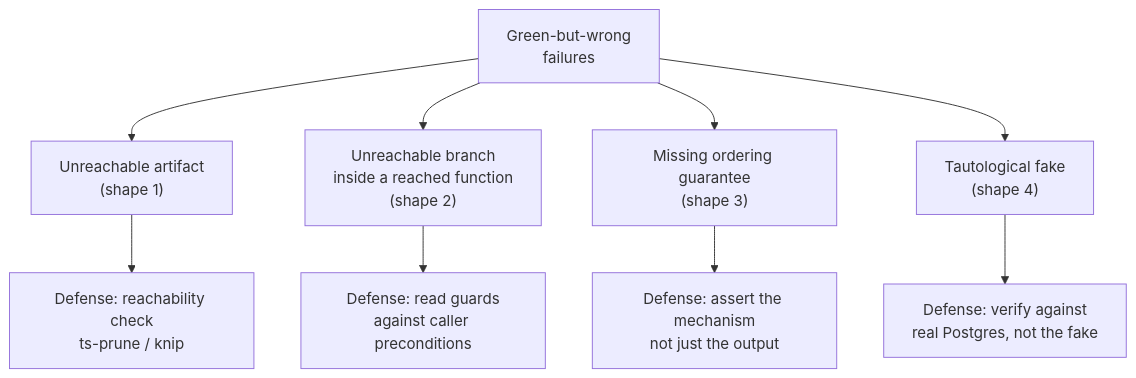
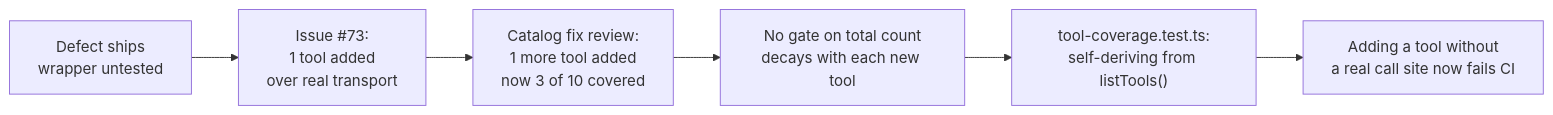
One commit to stemolly/wiki changed the second of 2 diagrams in src/content/docs/engineering/testing.md. Above: the diagram before and after it, drawn with Mermaid. The commit also changed other lines of this file and 57 other files, not shown here.

````diff
--- a/src/content/docs/engineering/testing.md
+++ b/src/content/docs/engineering/testing.md
@@ -28,11 +130,8 @@
 ```mermaid
-graph TD
-    A["Green-but-wrong<br/>failures"] --> B["Unreachable artifact<br/>(shape 1)"]
-    A --> C["Unreachable branch<br/>inside a reached function<br/>(shape 2)"]
-    A --> D["Missing ordering guarantee<br/>(shape 3)"]
-    A --> E["Tautological fake<br/>(shape 4)"]
-    B --> F["Defense: reachability check<br/>ts-prune / knip"]
-    C --> G["Defense: read guards<br/>against caller preconditions"]
-    D --> H["Defense: assert the mechanism<br/>not just the output"]
-    E --> I["Defense: verify against<br/>real Postgres, not the fake"]
+flowchart LR
+  A["Defect ships<br/>wrapper untested"] --> B["Issue #73:<br/>1 tool added<br/>over real transport"]
+  B --> C["Catalog fix review:<br/>1 more tool added<br/>now 3 of 10 covered"]
+  C --> D["No gate on total count<br/>decays with each new tool"]
+  D --> E["tool-coverage.test.ts:<br/>self-deriving from listTools()"]
+  E --> F["Adding a tool without<br/>a real call site now fails CI"]
 ```
````
